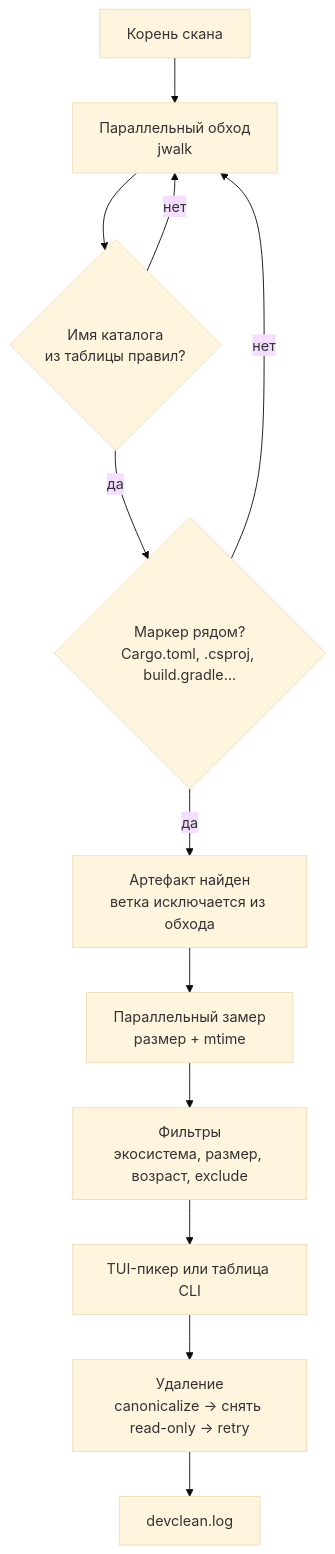
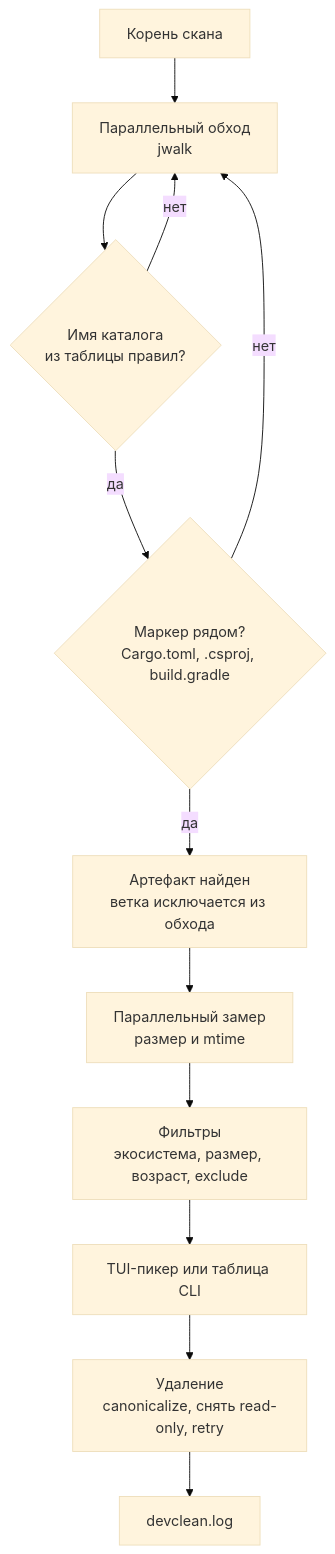
One commit to lepex1/devclean changed the diagram in README.md. Above: the diagram before and after it, drawn with Mermaid (base theme). The commit also changed other lines of this file and 7 other files, not shown here.

````diff
--- a/README.md
+++ b/README.md
@@ -149,14 +148,14 @@
 ```mermaid
 flowchart TD
     A[Корень скана] --> B[Параллельный обход<br/>jwalk]
     B --> C{Имя каталога<br/>из таблицы правил?}
     C -->|нет| B
-    C -->|да| D{Маркер рядом?<br/>Cargo.toml, .csproj, build.gradle…}
+    C -->|да| D{Маркер рядом?<br/>Cargo.toml, .csproj, build.gradle}
     D -->|нет| B
     D -->|да| E[Артефакт найден<br/>ветка исключается из обхода]
-    E --> F[Параллельный замер<br/>размер + mtime]
+    E --> F[Параллельный замер<br/>размер и mtime]
     F --> G[Фильтры<br/>экосистема, размер, возраст, exclude]
     G --> H[TUI-пикер или таблица CLI]
-    H --> I[Удаление<br/>canonicalize → снять read-only → retry]
+    H --> I[Удаление<br/>canonicalize, снять read-only, retry]
     I --> J[devclean.log]
 ```
````
